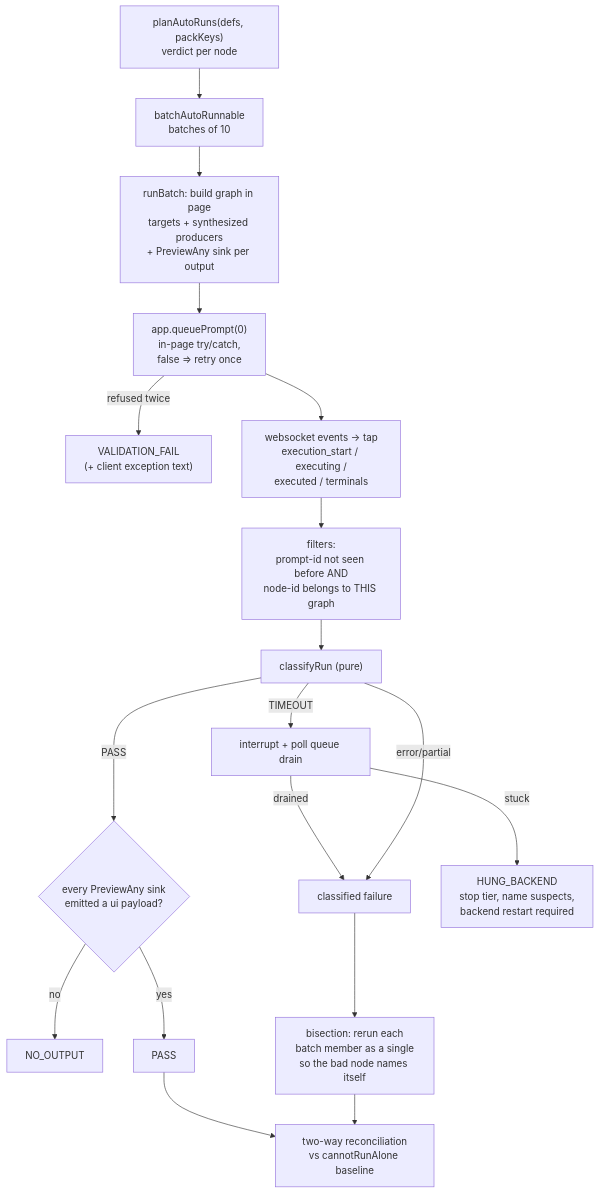
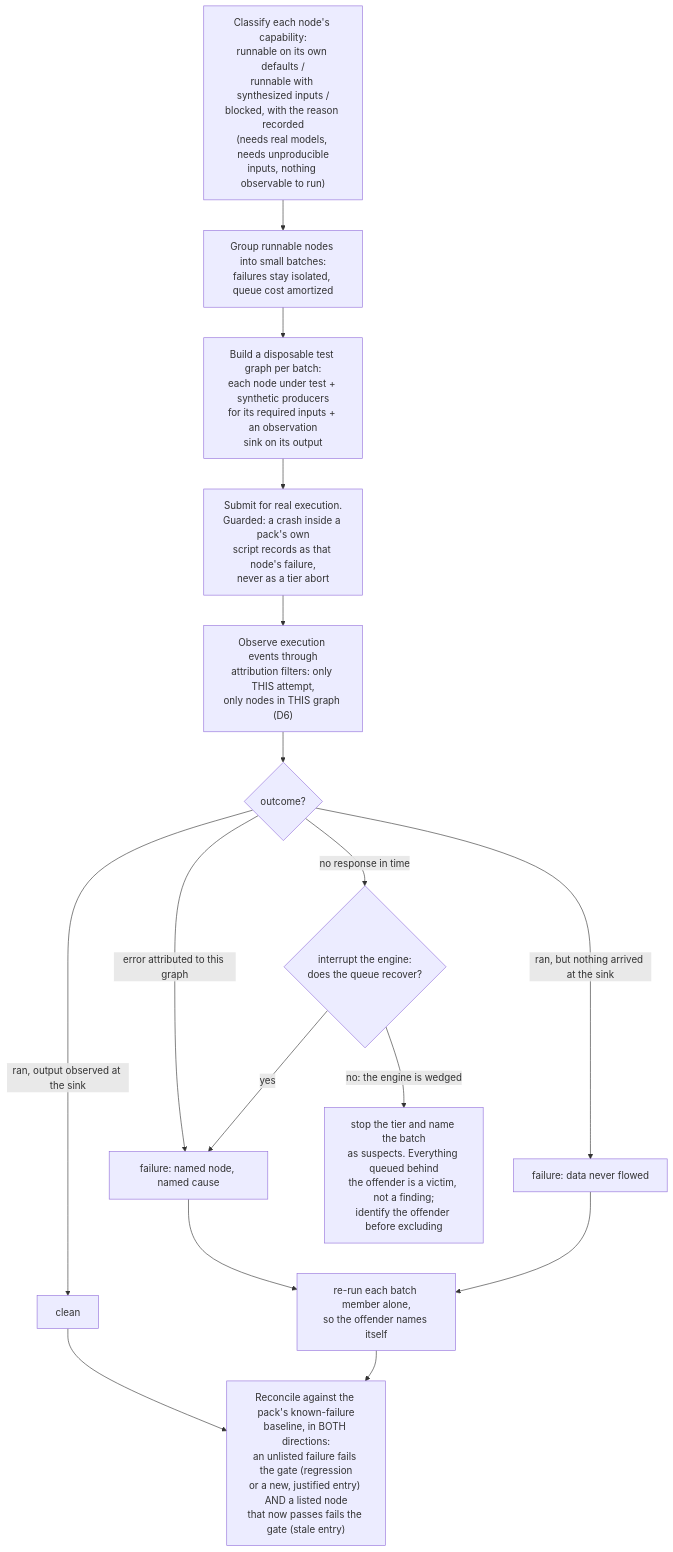
One commit to Comfy-Org/ComfyUI_frontend changed the fourth of 8 diagrams in browser_tests/tests/customNodes/ARCHITECTURE.md. Above: the diagram before and after it, drawn with Mermaid. The commit also changed other lines of this file and 1 other file, not shown here.

First line of the commit message:
docs(custom-nodes): ARCHITECTURE.md - C4-style views, design decisions, gotchas reference

````diff
--- a/browser_tests/tests/customNodes/ARCHITECTURE.md
+++ b/browser_tests/tests/customNodes/ARCHITECTURE.md
@@ -133,20 +223,19 @@
 ```mermaid
 flowchart TD
-    P["planAutoRuns(defs, packKeys)<br/>verdict per node"] --> B["batchAutoRunnable<br/>batches of 10"]
-    B --> G["runBatch: build graph in page<br/>targets + synthesized producers<br/>+ PreviewAny sink per output"]
-    G --> QP["app.queuePrompt(0)<br/>in-page try/catch,<br/>false => retry once"]
-    QP -- refused twice --> VF["VALIDATION_FAIL<br/>(+ client exception text)"]
-    QP --> WS["websocket events -> tap<br/>execution_start / executing /<br/>executed / terminals"]
-    WS --> FIL["filters:<br/>prompt-id not seen before AND<br/>node-id belongs to THIS graph"]
-    FIL --> CR["classifyRun (pure)"]
-    CR -- PASS --> OUT{"every PreviewAny sink<br/>emitted a ui payload?"}
-    OUT -- no --> NOOUT[NO_OUTPUT]
-    OUT -- yes --> PASSED[PASS]
-    CR -- TIMEOUT --> INT["interrupt + poll queue drain"]
-    INT -- drained --> FAIL[classified failure]
-    INT -- stuck --> HUNG["HUNG_BACKEND<br/>stop tier, name suspects,<br/>backend restart required"]
-    CR -- error/partial --> FAIL
-    FAIL --> BIS["bisection: rerun each<br/>batch member as a single<br/>so the bad node names itself"]
-    PASSED --> REC
-    BIS --> REC["two-way reconciliation<br/>vs cannotRunAlone baseline"]
+    CLASS["Classify each node's capability:<br/>runnable on its own defaults /<br/>runnable with synthesized inputs /<br/>blocked, with the reason recorded<br/>(needs real models, needs unproducible<br/>inputs, nothing observable to run)"]
+    CLASS --> BATCH["Group runnable nodes into small batches:<br/>failures stay isolated, queue cost amortized"]
+    BATCH --> BUILD["Build a disposable test graph per batch:<br/>each node under test + synthetic producers<br/>for its required inputs + an observation<br/>sink on its output"]
+    BUILD --> SUBMIT["Submit for real execution.<br/>Guarded: a crash inside a pack's own<br/>script records as that node's failure,<br/>never as a tier abort"]
+    SUBMIT --> OBSERVE["Observe execution events through<br/>attribution filters: only THIS attempt,<br/>only nodes in THIS graph (D6)"]
+    OBSERVE --> V{"outcome?"}
+    V -->|"ran, output observed at the sink"| CLEAN["clean"]
+    V -->|"ran, but nothing arrived at the sink"| NOOUT["failure: data never flowed"]
+    V -->|"error attributed to this graph"| ERR["failure: named node, named cause"]
+    V -->|"no response in time"| INT{"interrupt the engine:<br/>does the queue recover?"}
+    INT -->|"yes"| ERR
+    INT -->|"no: the engine is wedged"| HUNG["stop the tier and name the batch<br/>as suspects. Everything queued behind<br/>the offender is a victim, not a finding;<br/>identify the offender before excluding"]
+    ERR --> BIS["re-run each batch member alone,<br/>so the offender names itself"]
+    NOOUT --> BIS
+    CLEAN --> REC
+    BIS --> REC["Reconcile against the pack's known-failure<br/>baseline, in BOTH directions:<br/>an unlisted failure fails the gate (regression<br/>or a new, justified entry) AND a listed node<br/>that now passes fails the gate (stale entry)"]
 ```
````
